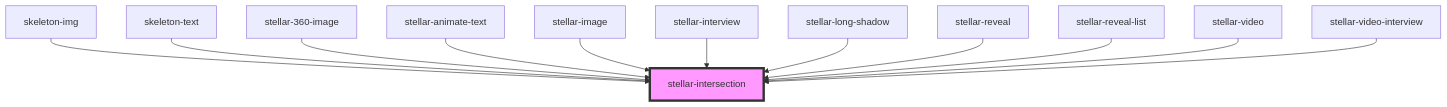
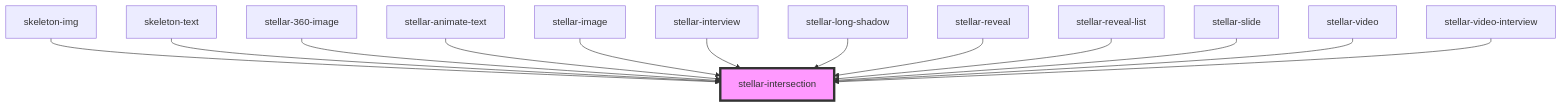
One commit to splitinfinities/Stellar changed the diagram in src/components/helpers/intersection/readme.md. Above: the diagram before and after it, drawn with Mermaid. The commit also changed other lines of this file and 7 other files, not shown here.

````diff
--- a/src/components/helpers/intersection/readme.md
+++ b/src/components/helpers/intersection/readme.md
@@ -36,15 +37,16 @@
 ```mermaid
 graph TD;
   skeleton-img --> stellar-intersection
   skeleton-text --> stellar-intersection
   stellar-360-image --> stellar-intersection
   stellar-animate-text --> stellar-intersection
   stellar-image --> stellar-intersection
   stellar-interview --> stellar-intersection
   stellar-long-shadow --> stellar-intersection
   stellar-reveal --> stellar-intersection
   stellar-reveal-list --> stellar-intersection
+  stellar-slide --> stellar-intersection
   stellar-video --> stellar-intersection
   stellar-video-interview --> stellar-intersection
   style stellar-intersection fill:#f9f,stroke:#333,stroke-width:4px
 ```
````
